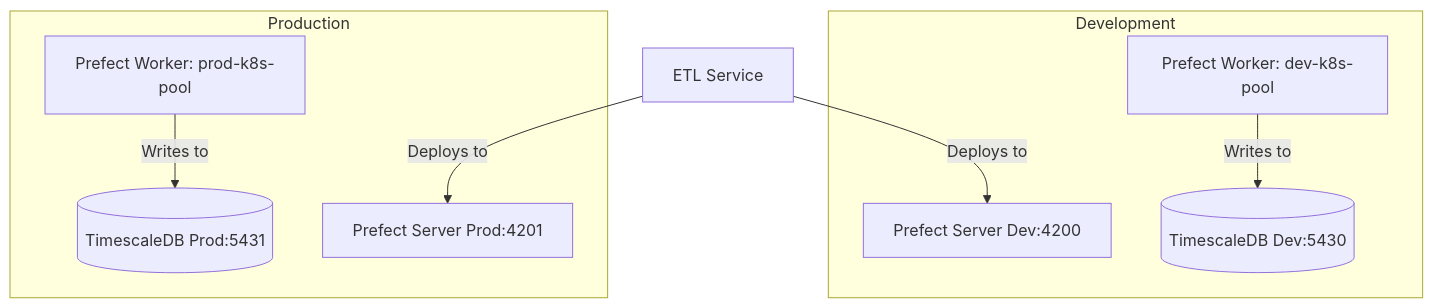
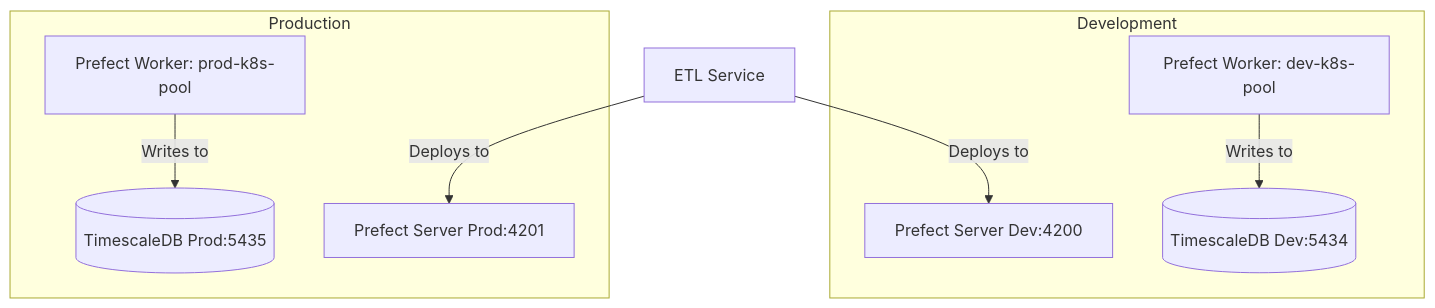
The diagram in pull_requests/PR-8.md (stavyos/enterprise-level-software), drawn with Mermaid before and after one commit. The commit also changed other lines of this file and 17 other files, not shown here.

````diff
--- a/pull_requests/PR-8.md
+++ b/pull_requests/PR-8.md
@@ -30,19 +32,19 @@
 ```mermaid
 graph TD
     subgraph Development
-        D_DB[(TimescaleDB Dev:5430)]
+        D_DB[(TimescaleDB Dev:5434)]
         D_P[Prefect Server Dev:4200]
         D_W[Prefect Worker: dev-k8s-pool]
     end
 
     subgraph Production
-        P_DB[(TimescaleDB Prod:5431)]
+        P_DB[(TimescaleDB Prod:5435)]
         P_P[Prefect Server Prod:4201]
         P_W[Prefect Worker: prod-k8s-pool]
     end
 
     ETL[ETL Service] -->|Deploys to| D_P
     ETL -->|Deploys to| P_P
     D_W -->|Writes to| D_DB
     P_W -->|Writes to| P_DB
 ```
````
